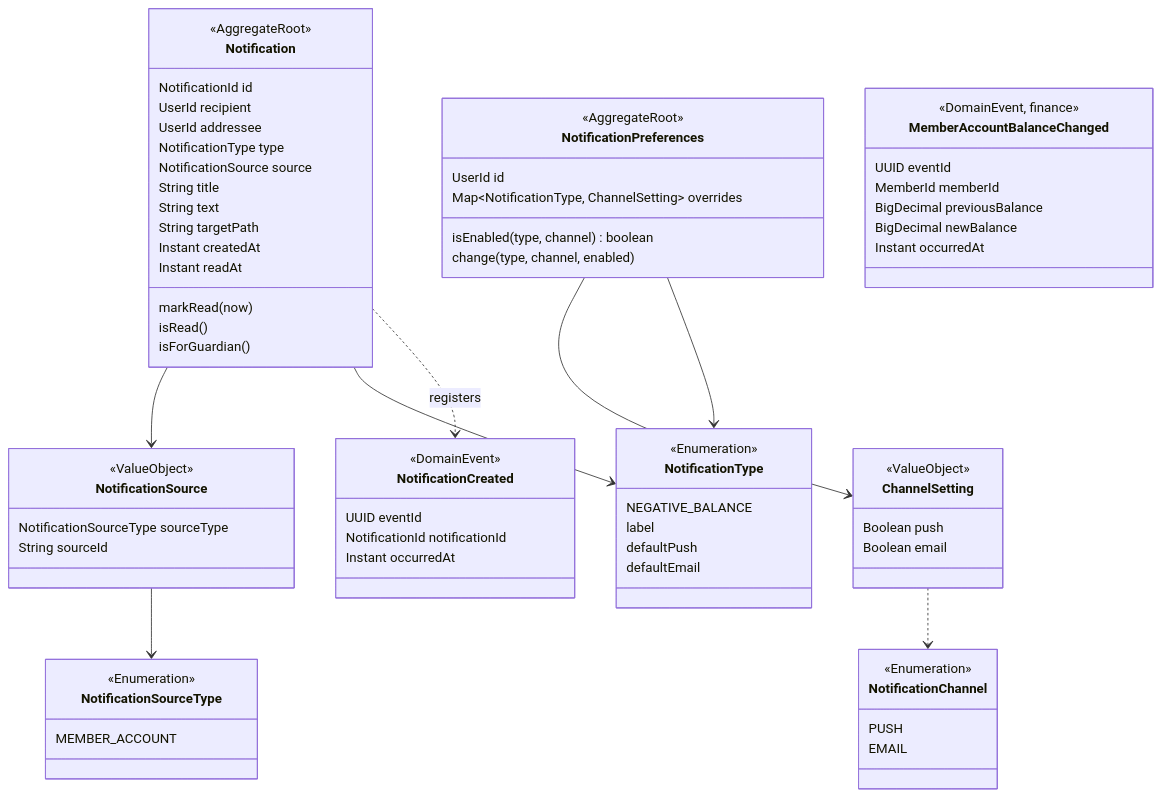
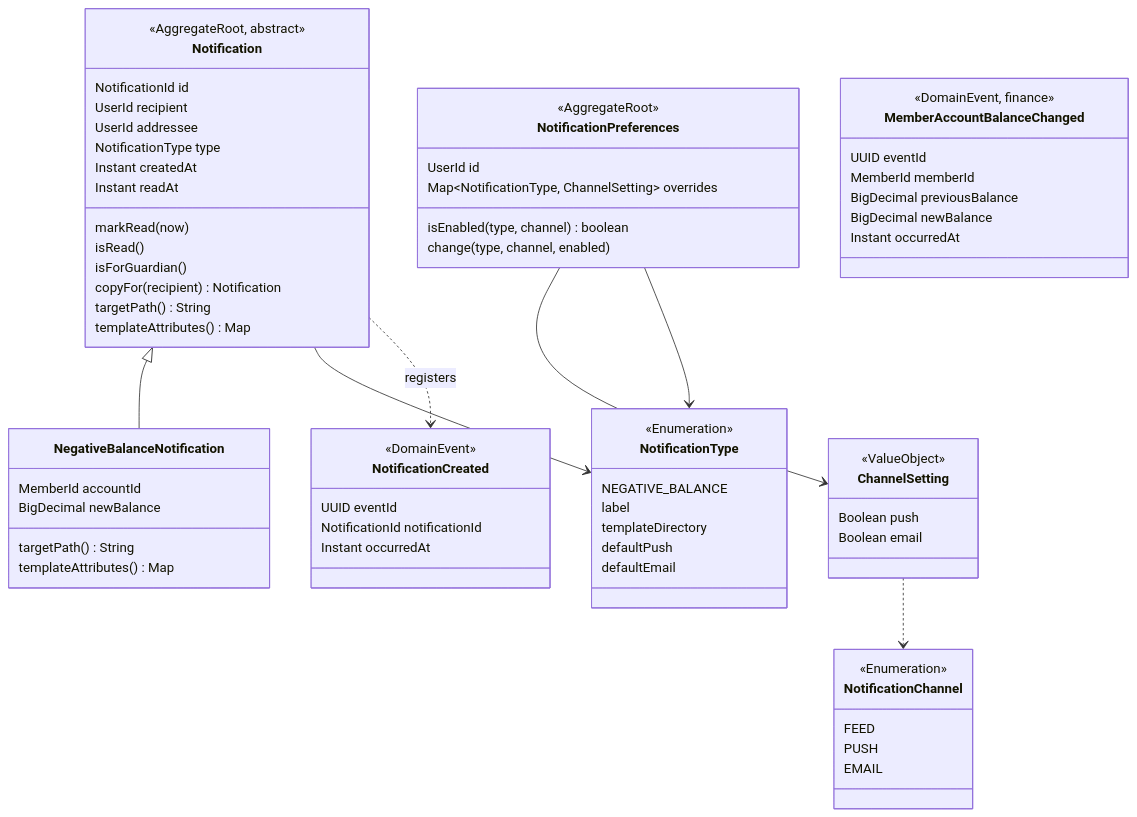
Before and after one commit to zabiny/klabis: the second of 2 diagrams in openspec/changes/introduce-notification-feed/design.md, drawn with Mermaid. The commit also changed other lines of this file and 2 other files, not shown here.

First line of the commit message:
docs(openspec): notification subtypes and template-rendered texts

````diff
--- a/openspec/changes/introduce-notification-feed/design.md
+++ b/openspec/changes/introduce-notification-feed/design.md
@@ -124,73 +150,70 @@
 ```mermaid
 classDiagram
     class Notification {
-        <<AggregateRoot>>
+        <<AggregateRoot, abstract>>
         NotificationId id
         UserId recipient
         UserId addressee
         NotificationType type
-        NotificationSource source
-        String title
-        String text
-        String targetPath
         Instant createdAt
         Instant readAt
         markRead(now)
         isRead()
         isForGuardian()
+        copyFor(recipient) Notification
+        targetPath() String
+        templateAttributes() Map
     }
-    class NotificationSource {
-        <<ValueObject>>
-        NotificationSourceType sourceType
-        String sourceId
-    }
-    class NotificationSourceType {
-        <<Enumeration>>
-        MEMBER_ACCOUNT
+    class NegativeBalanceNotification {
+        MemberId accountId
+        BigDecimal newBalance
+        targetPath() String
+        templateAttributes() Map
     }
     class NotificationPreferences {
         <<AggregateRoot>>
         UserId id
         Map~NotificationType, ChannelSetting~ overrides
         isEnabled(type, channel) boolean
         change(type, channel, enabled)
     }
     class ChannelSetting {
         <<ValueObject>>
         Boolean push
         Boolean email
     }
     class NotificationType {
         <<Enumeration>>
         NEGATIVE_BALANCE
         label
+        templateDirectory
         defaultPush
         defaultEmail
     }
     class NotificationChannel {
         <<Enumeration>>
+        FEED
         PUSH
         EMAIL
     }
     class NotificationCreated {
         <<DomainEvent>>
         UUID eventId
         NotificationId notificationId
         Instant occurredAt
     }
     class MemberAccountBalanceChanged {
         <<DomainEvent, finance>>
         UUID eventId
         MemberId memberId
         BigDecimal previousBalance
         BigDecimal newBalance
         Instant occurredAt
     }
-    Notification --> NotificationSource
-    NotificationSource --> NotificationSourceType
+    Notification <|-- NegativeBalanceNotification
     Notification --> NotificationType
     Notification ..> NotificationCreated : registers
     NotificationPreferences --> ChannelSetting
     NotificationPreferences --> NotificationType
     ChannelSetting ..> NotificationChannel
 ```
````
